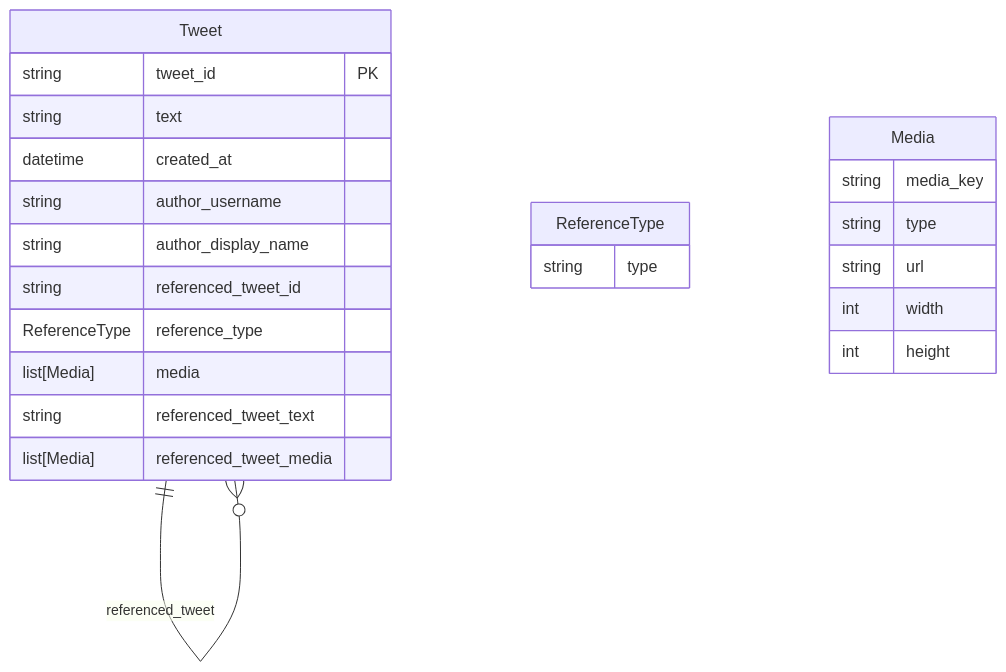
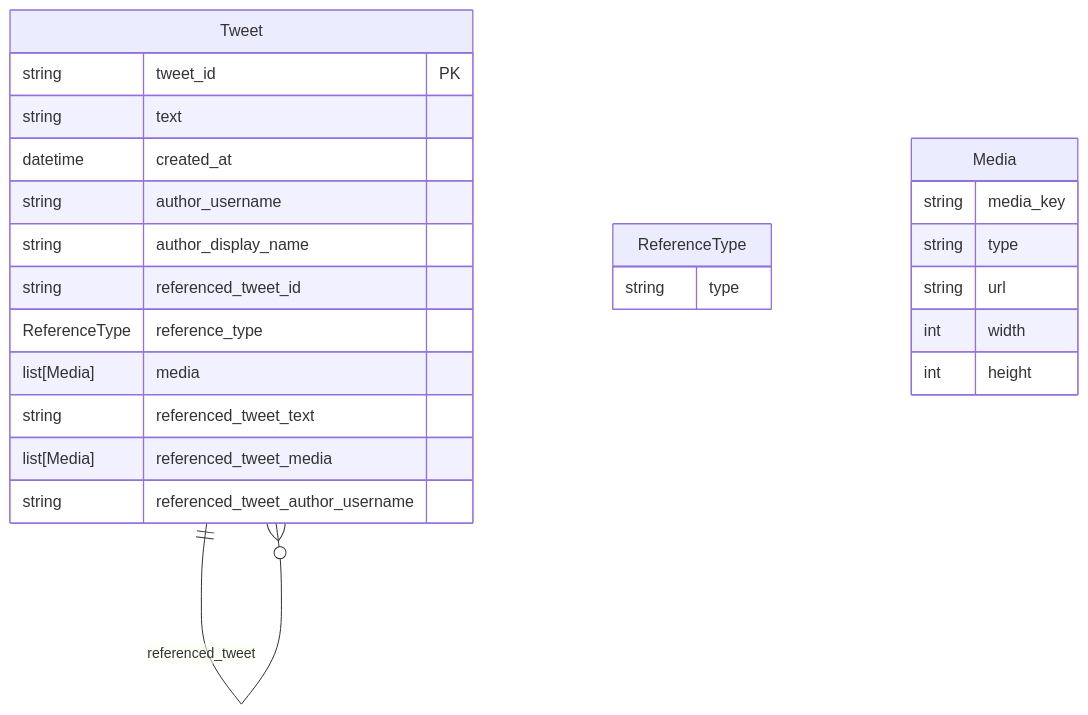
The fourth of 4 diagrams in .kiro/specs/news-scraper-zh/design.md (alvinswen/X-Watcher), drawn with Mermaid before and after one commit. The commit also changed other lines of this file and 10 other files, not shown here.

````diff
--- a/.kiro/specs/news-scraper-zh/design.md
+++ b/.kiro/specs/news-scraper-zh/design.md
@@ -633,26 +633,27 @@
 ```mermaid
 erDiagram
     Tweet ||--o{ Tweet : "referenced_tweet"
     Tweet {
         string tweet_id PK
         string text
         datetime created_at
         string author_username
         string author_display_name
         string referenced_tweet_id
         ReferenceType reference_type
         list[Media] media
         string referenced_tweet_text
         list[Media] referenced_tweet_media
+        string referenced_tweet_author_username
     }
     ReferenceType {
         string type
     }
     Media {
         string media_key
         string type
         string url
         int width
         int height
     }
 ```
````
